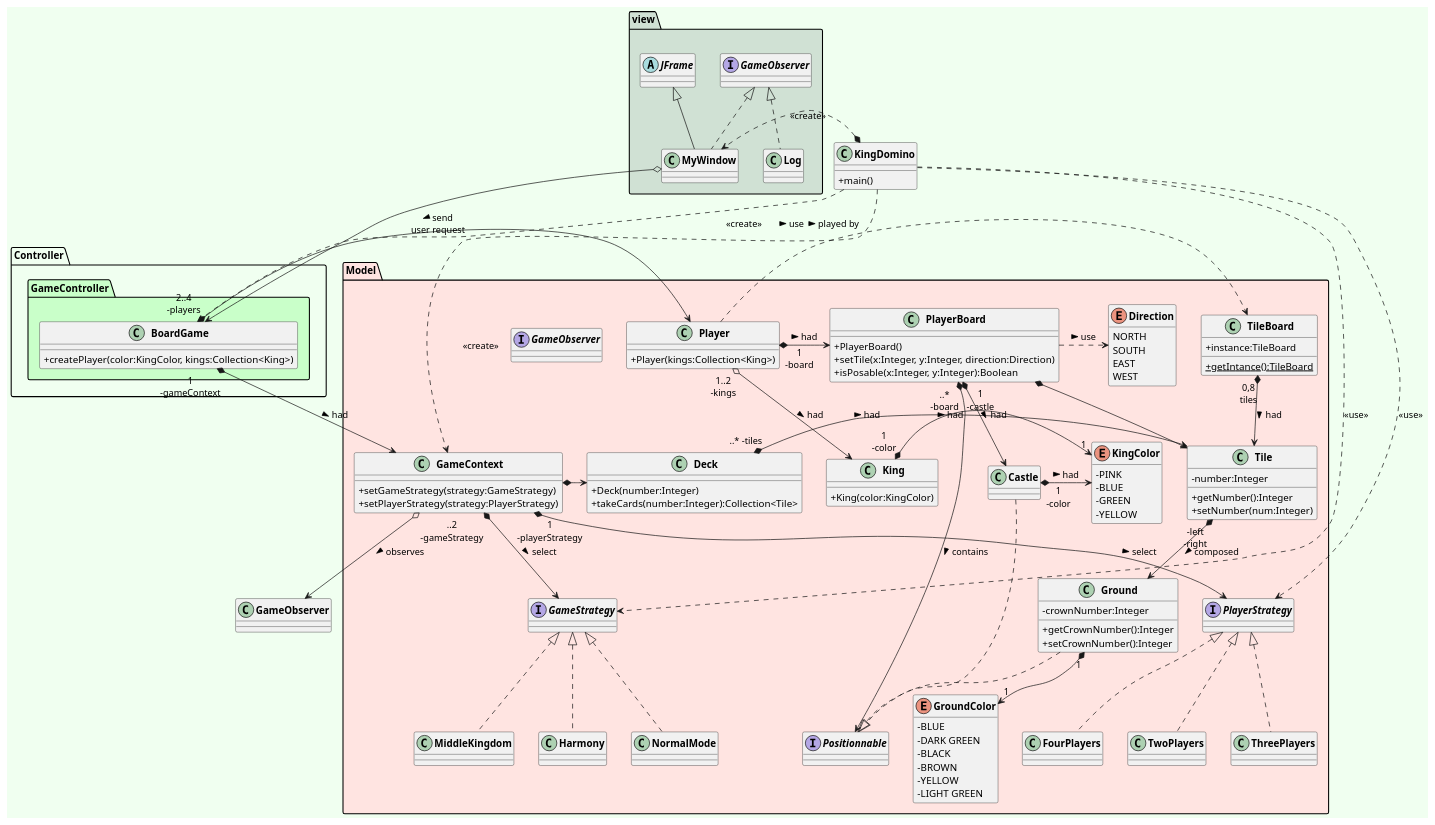
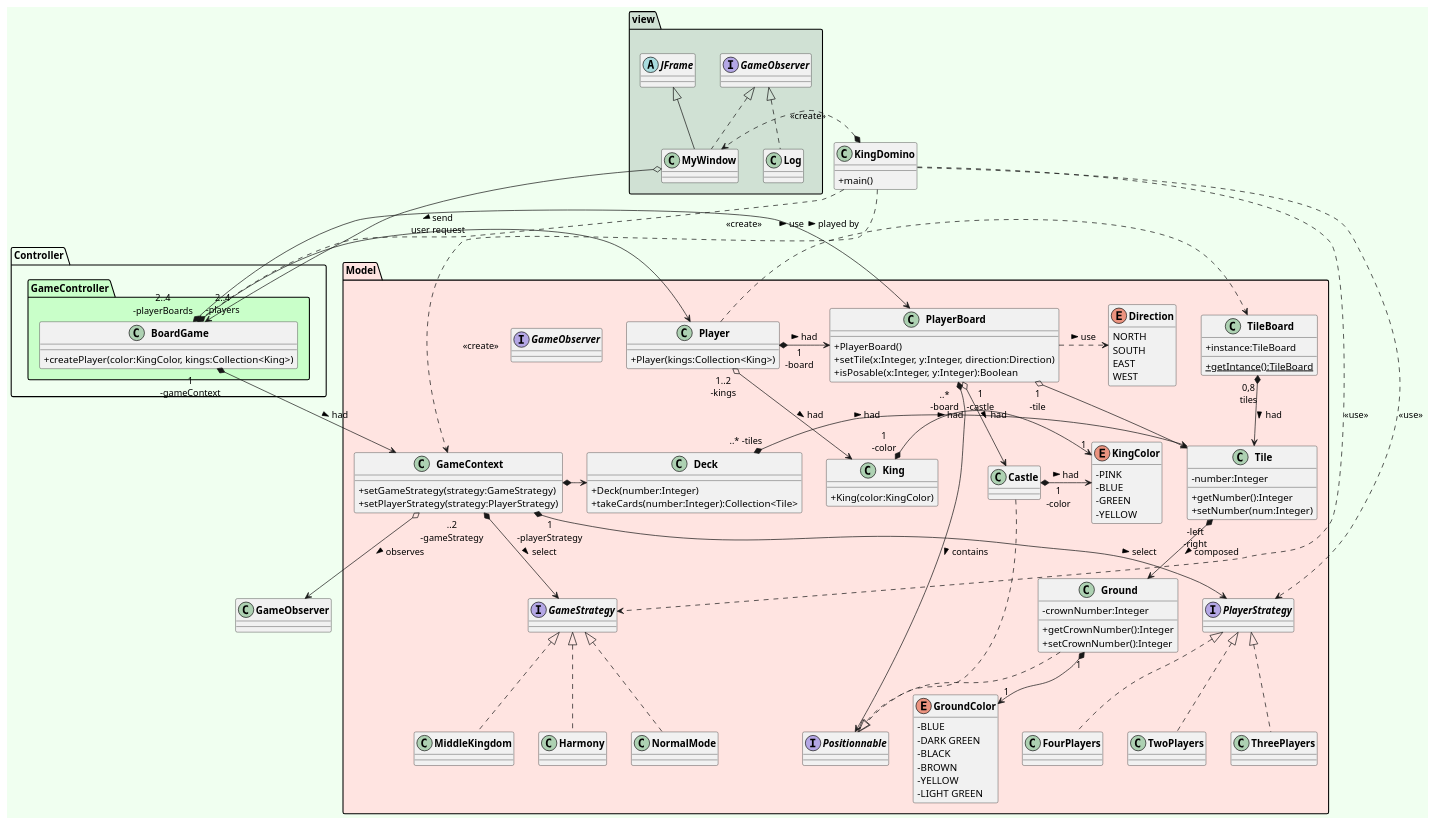
Before and after one commit to ErenMustafaGit/Kingdomino: the diagram in kingdomino/UML/View.puml, drawn with PlantUML. The commit also changed 6 other files, not shown here.

Commit message:
First code done of Direction, Ground, KingColor, PlayerBoard, Tile and improved ViewUML

```diff
--- a/kingdomino/UML/View.puml
+++ b/kingdomino/UML/View.puml
@@ -187,8 +187,9 @@
 Player .> TileBoard : > use
 Player *-> PlayerBoard : "1\n-board" > had
 Player  o--> King : "1..2\n-kings" > had
-PlayerBoard *--> Tile
-PlayerBoard "1\n-castle" *-> Castle : > had
+PlayerBoard <--* "2..4\n-playerBoards" BoardGame
+PlayerBoard "1\n-tile" o--> Tile
+PlayerBoard "1\n-castle" o-> Castle : > had
 
 PlayerBoard .> Direction : > use
 
```
